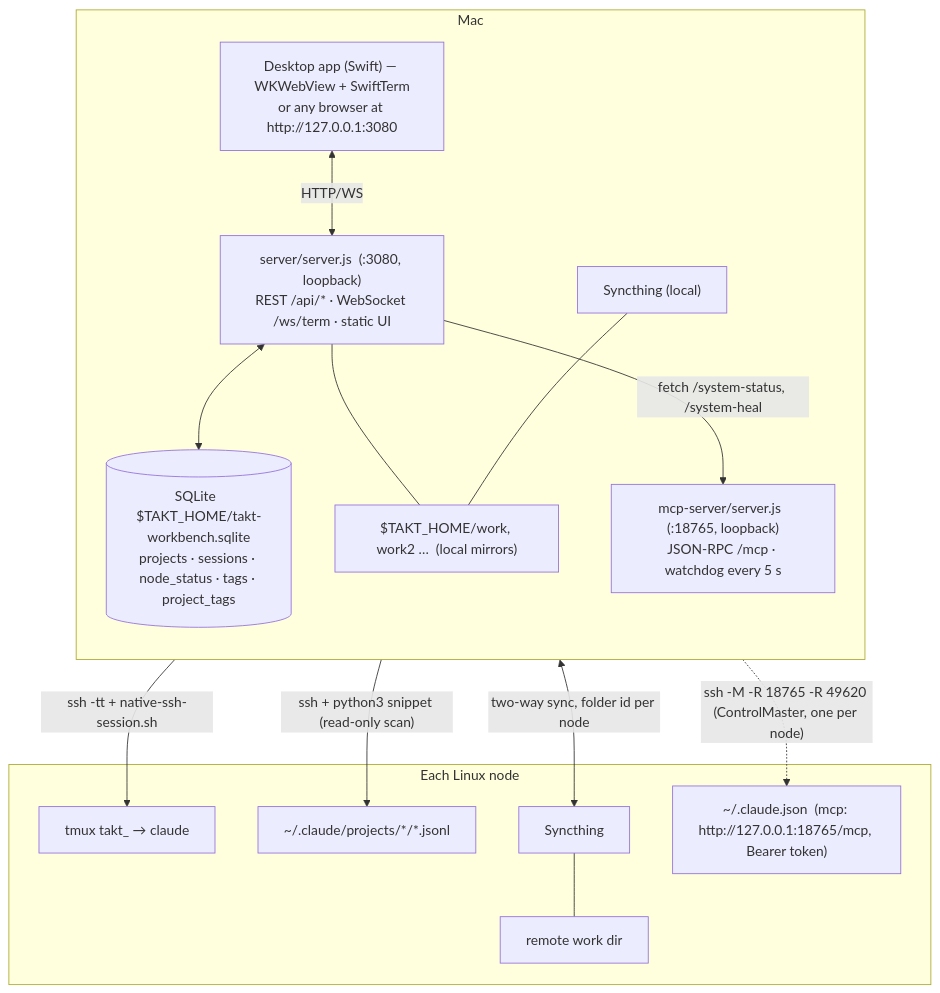
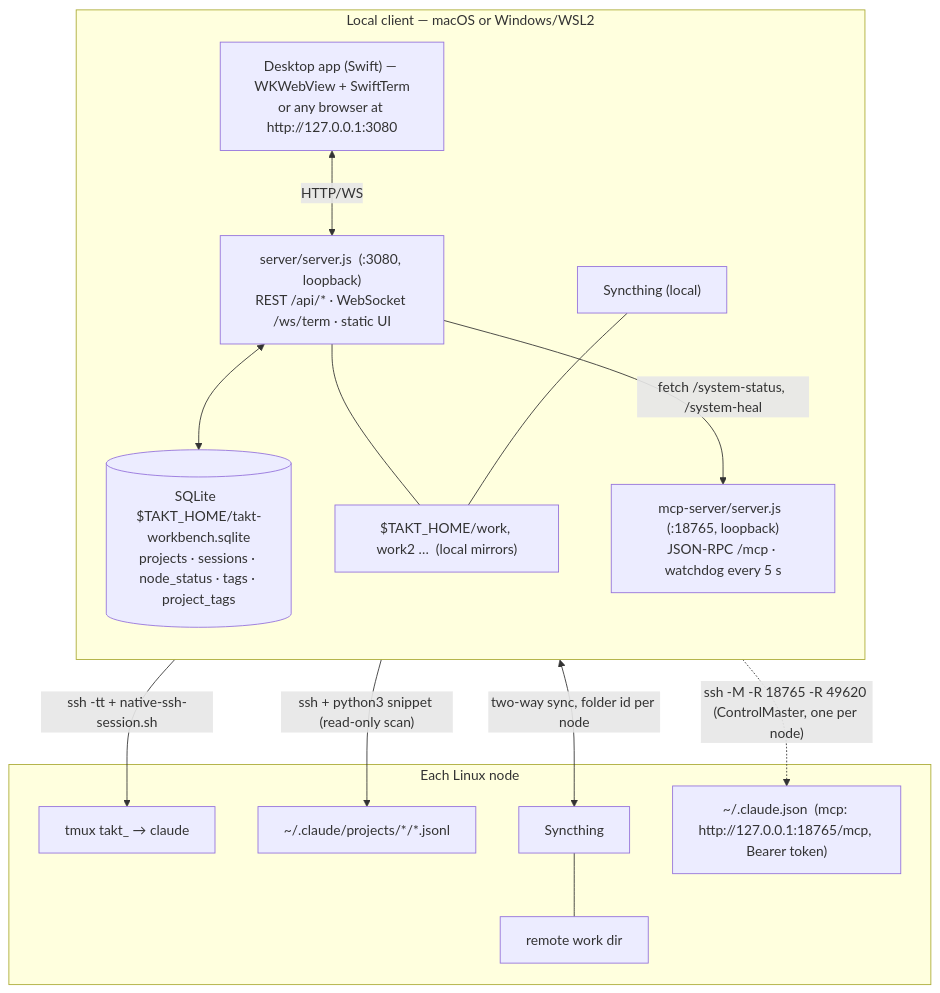
One commit to willwill85/TAKT-UI-CC changed the diagram in docs/ARCHITECTURE.md. Above: the diagram before and after it, drawn with Mermaid. The commit also changed other lines of this file and 11 other files, not shown here.

````diff
--- a/docs/ARCHITECTURE.md
+++ b/docs/ARCHITECTURE.md
@@ -7,29 +7,29 @@
 ```mermaid
 flowchart TB
-  subgraph Mac
+  subgraph Client["Local client — macOS or Windows/WSL2"]
     direction TB
     APP["Desktop app (Swift) — WKWebView + SwiftTerm\nor any browser at http://127.0.0.1:3080"]
     WB["server/server.js  (:3080, loopback)\nREST /api/* · WebSocket /ws/term · static UI"]
     DB[("SQLite  $TAKT_HOME/takt-workbench.sqlite\nprojects · sessions · node_status · tags · project_tags")]
     MCP["mcp-server/server.js  (:18765, loopback)\nJSON-RPC /mcp · watchdog every 5 s"]
     FS["$TAKT_HOME/work, work2 …  (local mirrors)"]
     SYN["Syncthing (local)"]
     APP <-->|HTTP/WS| WB
     WB <--> DB
     WB --- FS
     SYN --- FS
     WB -->|"fetch /system-status, /system-heal"| MCP
   end
   subgraph Server["Each Linux node"]
     TMUX["tmux  takt_<tab>  →  claude"]
     JSONL["~/.claude/projects/*/*.jsonl"]
     RW["remote work dir"]
     RS["Syncthing"]
     RS --- RW
     CJ["~/.claude.json  (mcp: http://127.0.0.1:18765/mcp, Bearer token)"]
   end
   WB -->|"ssh -tt + native-ssh-session.sh"| TMUX
   WB -->|"ssh + python3 snippet (read-only scan)"| JSONL
   MCP -.->|"ssh -M -R 18765 -R 49620 (ControlMaster, one per node)"| CJ
   SYN <-->|"two-way sync, folder id per node"| RS
 ```
````
